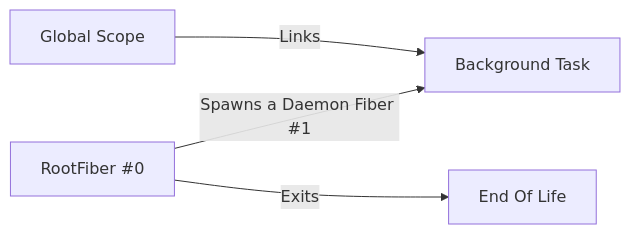
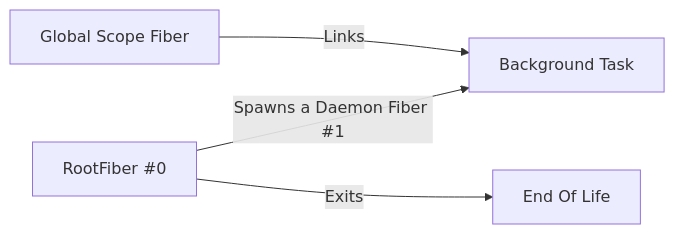
Before and after one commit to antoine-coulon/uncovering-effect-fibers: the sixth of 8 diagrams in slides.md, drawn with Mermaid. The commit also changed other lines of this file, not shown here.

````diff
--- a/slides.md
+++ b/slides.md
@@ -460,6 +472,6 @@
 ```mermaid {scale: 0.8}
 graph LR
 Root[RootFiber #0] -->|Spawns a Daemon Fiber #1| Daemon[Background Task]
 Root[RootFiber #0] -->|Exits| EndOfLife[End Of Life]
-GlobalScope[Global Scope] -->|Links| Daemon[Background Task]
+GlobalScope[Global Scope Fiber] -->|Links| Daemon[Background Task]
 ```
````
